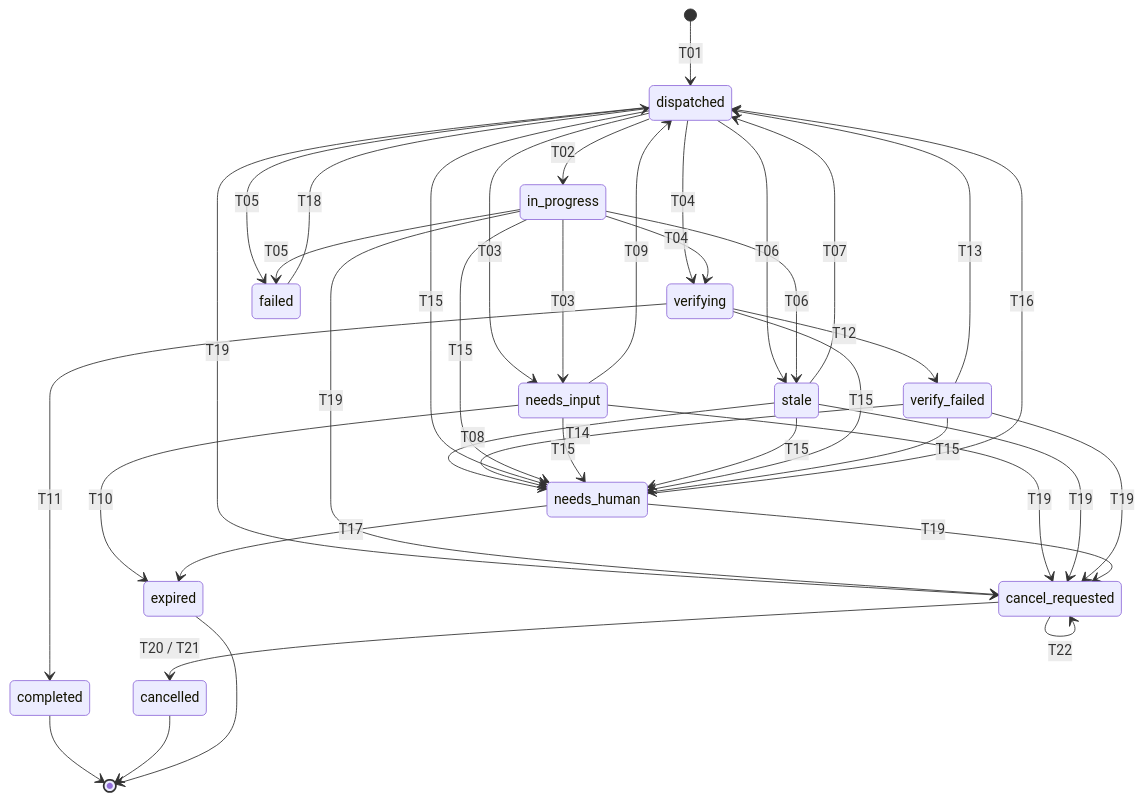
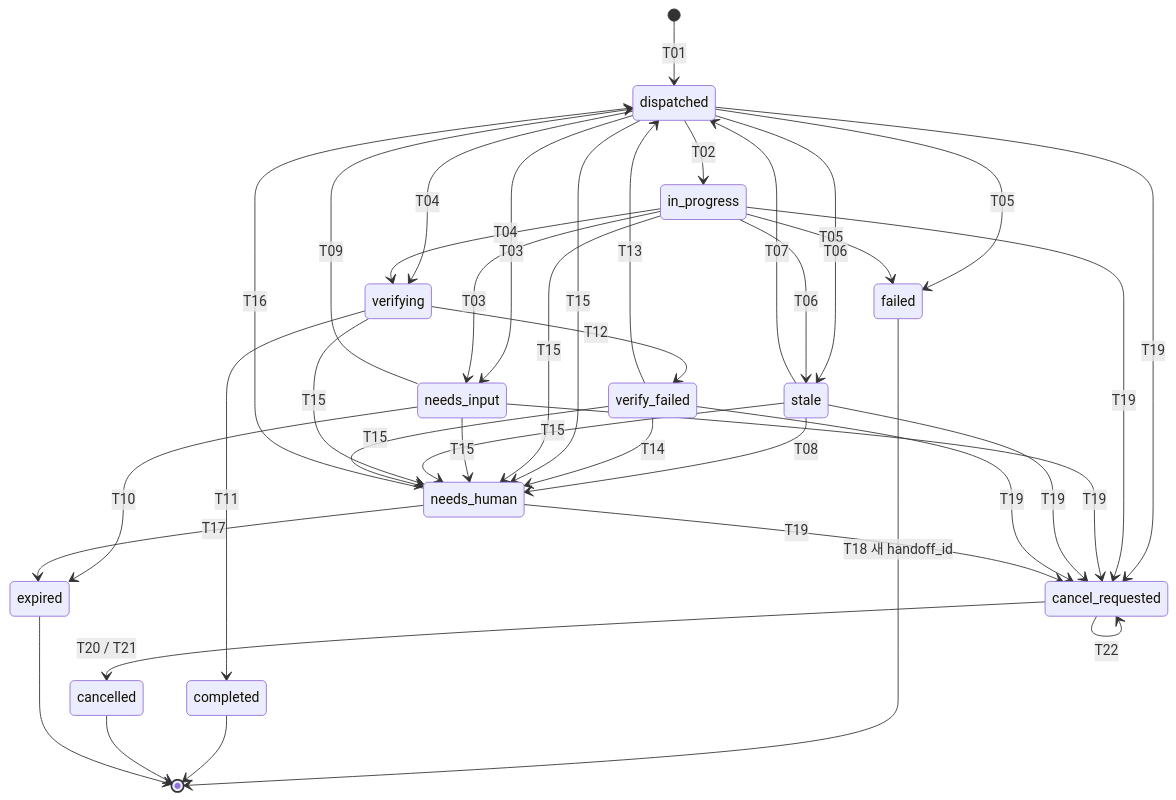
Before and after one commit to bluecafe/grok-cue: the diagram in docs/ABNORMAL_HANDLING.md, drawn with Mermaid. The commit also changed other lines of this file, not shown here.

````diff
--- a/docs/ABNORMAL_HANDLING.md
+++ b/docs/ABNORMAL_HANDLING.md
@@ -268,41 +269,41 @@
 ```mermaid
 stateDiagram-v2
     [*] --> dispatched: T01
     dispatched --> in_progress: T02
     dispatched --> needs_input: T03
     in_progress --> needs_input: T03
     dispatched --> verifying: T04
     in_progress --> verifying: T04
     dispatched --> failed: T05
     in_progress --> failed: T05
     dispatched --> stale: T06
     in_progress --> stale: T06
     stale --> dispatched: T07
     stale --> needs_human: T08
     needs_input --> dispatched: T09
     needs_input --> expired: T10
     verifying --> completed: T11
     verifying --> verify_failed: T12
     verify_failed --> dispatched: T13
     verify_failed --> needs_human: T14
     dispatched --> needs_human: T15
     in_progress --> needs_human: T15
     needs_input --> needs_human: T15
     stale --> needs_human: T15
     verifying --> needs_human: T15
     verify_failed --> needs_human: T15
     needs_human --> dispatched: T16
     needs_human --> expired: T17
-    failed --> dispatched: T18
+    failed --> [*]: T18 새 handoff_id
     dispatched --> cancel_requested: T19
     in_progress --> cancel_requested: T19
     needs_input --> cancel_requested: T19
     stale --> cancel_requested: T19
     verify_failed --> cancel_requested: T19
     needs_human --> cancel_requested: T19
     cancel_requested --> cancelled: T20 / T21
     cancel_requested --> cancel_requested: T22
     completed --> [*]
     cancelled --> [*]
     expired --> [*]
 ```
````
